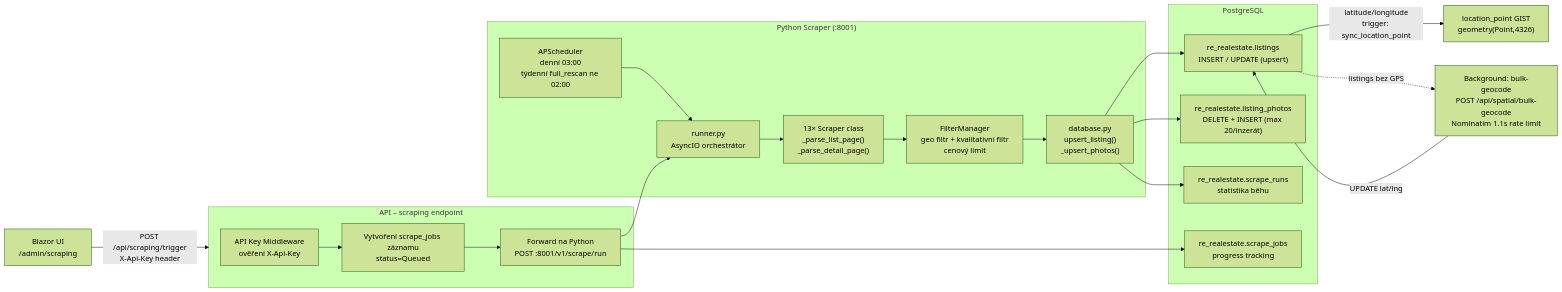
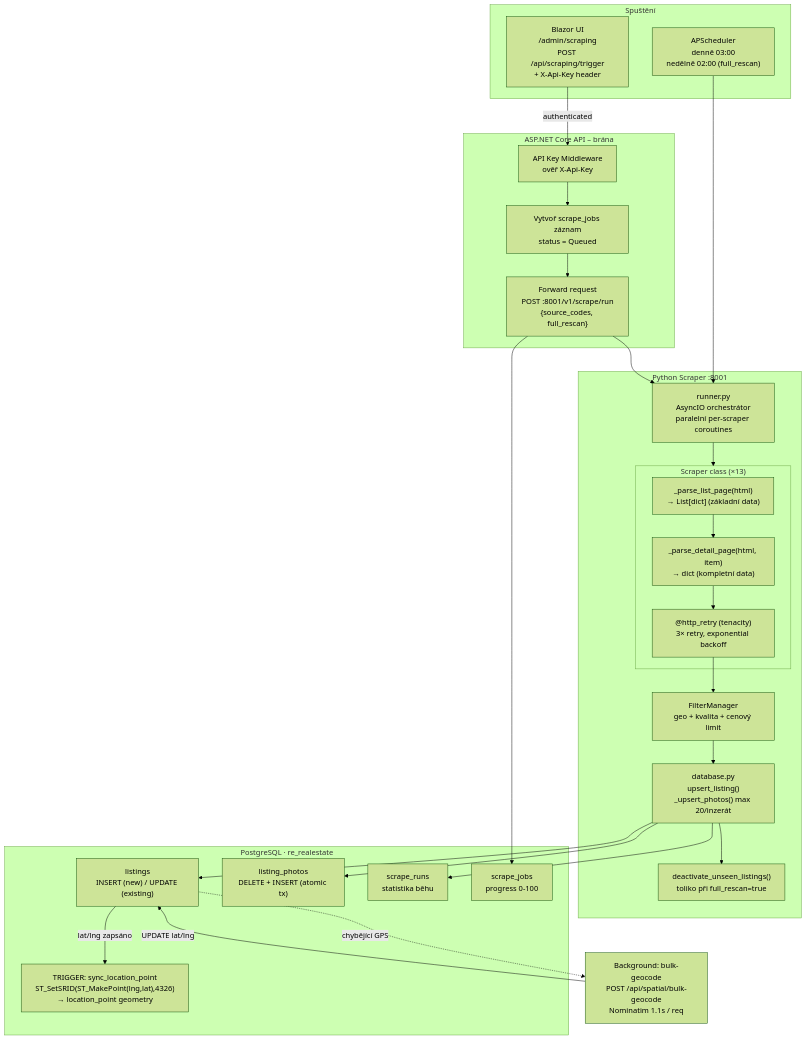
The second of 19 diagrams in docs/ARCHITECTURE.md (cybersmurf/RealEstateAggregator), drawn with Mermaid (forest theme) before and after one commit. The commit also changed other lines of this file, not shown here.

Commit message:
docs: ARCHITECTURE.md – kompletní přepis Session 19, 16 sekcí, Mermaid diagramy

````diff
--- a/docs/ARCHITECTURE.md
+++ b/docs/ARCHITECTURE.md
@@ -182,36 +214,52 @@
 ```mermaid
-flowchart LR
-    UI["Blazor UI\n/admin/scraping"] -->|POST /api/scraping/trigger\nX-Api-Key header| API_SCRAPE
-
-    subgraph API_SCRAPE["API – scraping endpoint"]
-        AUTH["API Key Middleware\nověření X-Api-Key"]
-        JOB["Vytvoření scrape_jobs záznamu\nstatus=Queued"]
-        FWD["Forward na Python\nPOST :8001/v1/scrape/run"]
+flowchart TD
+    subgraph TRIGGER["Spuštění"]
+        UI_TRIG["Blazor UI\n/admin/scraping\nPOST /api/scraping/trigger\n+ X-Api-Key header"]
+        SCHED["APScheduler\ndenně 03:00\nnedělně 02:00 (full_rescan)"]
     end
 
-    subgraph PYTHON["Python Scraper (:8001)"]
-        RUNNER["runner.py\nAsyncIO orchestrátor"]
-        SCRAPERS["13× Scraper class\n_parse_list_page()\n_parse_detail_page()"]
-        FILTER["FilterManager\ngeo filtr + kvalitativní filtr\ncenový limit"]
-        DB_PY["database.py\nupsert_listing()\n_upsert_photos()"]
-        SCHEDULER["APScheduler\ndenní 03:00\ntýdenní full_rescan ne 02:00"]
+    subgraph APIGATE["ASP.NET Core API – brána"]
+        APIMW["API Key Middleware\nověř X-Api-Key"]
+        JOB_CRE["Vytvoř scrape_jobs záznam\nstatus = Queued"]
+        FWD["Forward request\nPOST :8001/v1/scrape/run\n{source_codes, full_rescan}"]
     end
 
-    subgraph DB_WRITE["PostgreSQL"]
-        L_TBL["re_realestate.listings\nINSERT / UPDATE (upsert)"]
-        P_TBL["re_realestate.listing_photos\nDELETE + INSERT (max 20/inzerát)"]
-        SR_TBL["re_realestate.scrape_runs\nstatistika běhu"]
-        SJ_TBL["re_realestate.scrape_jobs\nprogress tracking"]
+    subgraph PYTHON["Python Scraper :8001"]
+        RUNNER["runner.py\nAsyncIO orchestrátor\nparalelní per-scraper coroutines"]
+
+        subgraph SCRAPER_CLASS["Scraper class (×13)"]
+            LP["_parse_list_page(html)\n→ List[dict] (základní data)"]
+            DP["_parse_detail_page(html, item)\n→ dict (kompletní data)"]
+            RETRY["@http_retry (tenacity)\n3× retry, exponential backoff"]
+        end
+
+        FILTER["FilterManager\ngeo + kvalita + cenový limit"]
+        DB_PY["database.py\nupsert_listing()\n_upsert_photos() max 20/inzerát"]
+        DEACT["deactivate_unseen_listings()\ntoliko při full_rescan=true"]
     end
 
-    GEOCODER["Background: bulk-geocode\nPOST /api/spatial/bulk-geocode\nNominatim 1.1s rate limit"]
+    subgraph PG["PostgreSQL · re_realestate"]
+        L_TBL["listings\nINSERT (new) / UPDATE (existing)"]
+        P_TBL["listing_photos\nDELETE + INSERT (atomic tx)"]
+        SR_TBL["scrape_runs\nstatistika běhu"]
+        SJ_TBL["scrape_jobs\nprogress 0-100"]
+        TRIG_GEO["TRIGGER: sync_location_point\nST_SetSRID(ST_MakePoint(lng,lat),4326)\n→ location_point geometry"]
+    end
 
-    AUTH --> JOB --> FWD --> RUNNER
-    SCHEDULER --> RUNNER
-    RUNNER --> SCRAPERS --> FILTER --> DB_PY
-    DB_PY --> L_TBL & P_TBL & SR_TBL
+    GEOCODE["Background: bulk-geocode\nPOST /api/spatial/bulk-geocode\nNominatim 1.1s / req"]
+
+    UI_TRIG -->|"authenticated"| APIMW
+    SCHED --> RUNNER
+    APIMW --> JOB_CRE --> FWD --> RUNNER
+    RUNNER --> SCRAPER_CLASS
+    LP --> DP --> RETRY
+    RETRY --> FILTER --> DB_PY
+    DB_PY --> L_TBL
+    DB_PY --> P_TBL
+    DB_PY --> SR_TBL
+    DB_PY --> DEACT
     FWD --> SJ_TBL
-    L_TBL -->|latitude/longitude\ntrigger: sync_location_point| GIST["location_point GIST\ngeometry(Point,4326)"]
-    L_TBL -.->|listings bez GPS| GEOCODER
-    GEOCODER -->|UPDATE lat/lng| L_TBL
+    L_TBL -->|"lat/lng zapsáno"| TRIG_GEO
+    L_TBL -.->|"chybějící GPS"| GEOCODE
+    GEOCODE -->|"UPDATE lat/lng"| L_TBL
 ```
````
